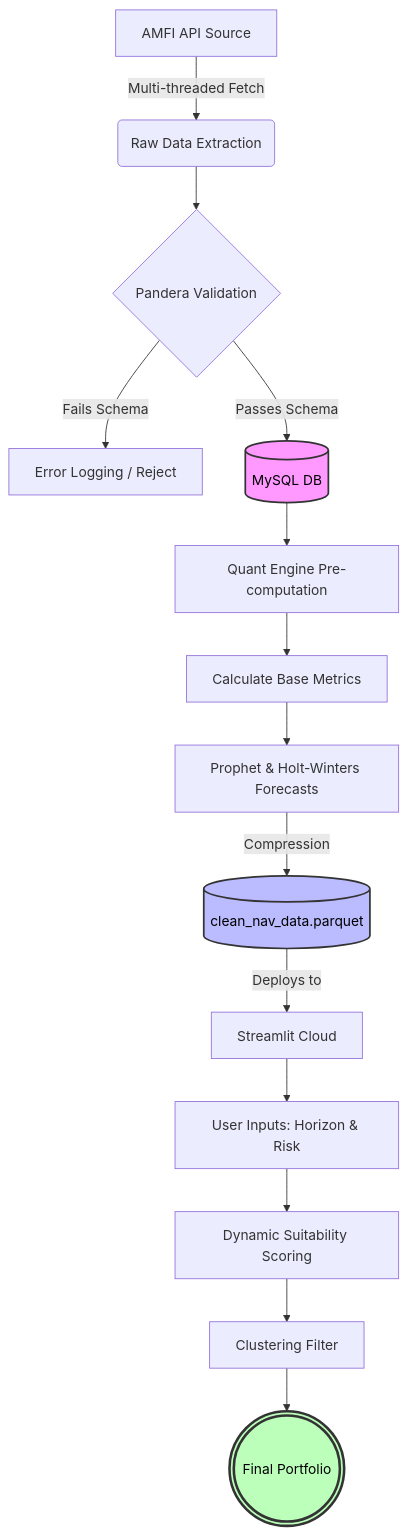
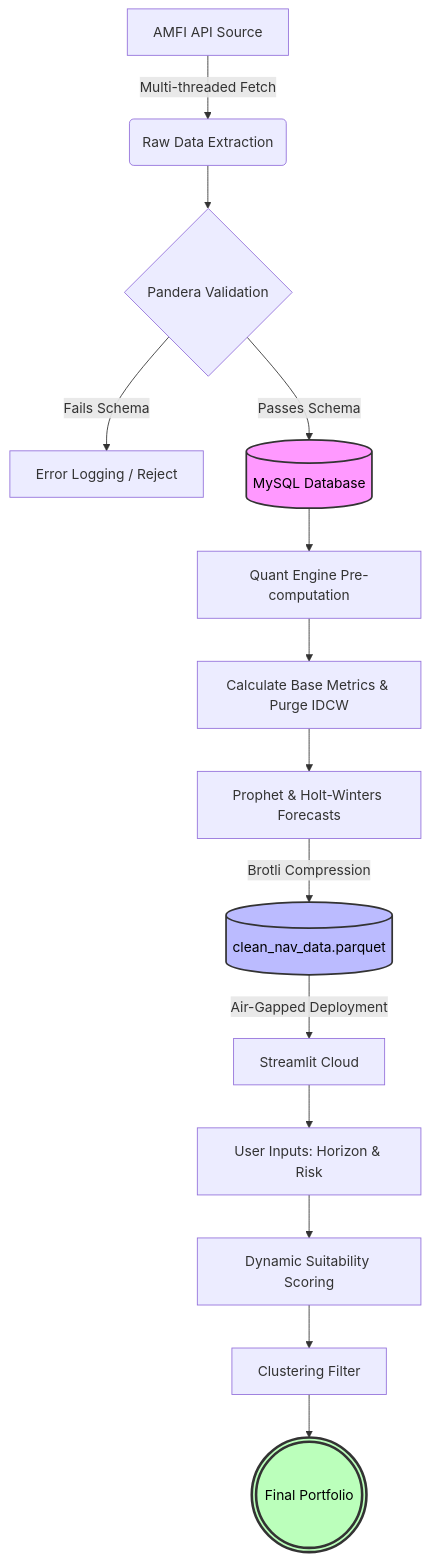
One commit to Aneek00/Financial-Data-Pipeline-and-Quantitative-Investment-Analytics-Engine changed the diagram in README.md. Above: the diagram before and after it, drawn with Mermaid. The commit also changed other lines of this file, not shown here.

````diff
--- a/README.md
+++ b/README.md
@@ -49,24 +273,34 @@
 ```mermaid
 flowchart TD
-    A[AMFI API Source] -->|Multi-threaded Fetch| B(Raw Data Extraction)
+
+    A[AMFI API Source]
+        -->|Multi-threaded Fetch| B(Raw Data Extraction)
+
     B --> C{Pandera Validation}
 
     C -->|Fails Schema| D[Error Logging / Reject]
-    C -->|Passes Schema| E[(MySQL DB)]
+
+    C -->|Passes Schema| E[(MySQL Database)]
 
     E --> F[Quant Engine Pre-computation]
-    F --> G[Calculate Base Metrics]
+
+    F --> G[Calculate Base Metrics & Purge IDCW]
+
     G --> H[Prophet & Holt-Winters Forecasts]
 
-    H -->|Compression| I[(clean_nav_data.parquet)]
+    H -->|Brotli Compression| I[(clean_nav_data.parquet)]
 
-    I -->|Deploys to| J[Streamlit Cloud]
+    I -->|Air-Gapped Deployment| J[Streamlit Cloud]
+
     J --> K[User Inputs: Horizon & Risk]
+
     K --> L[Dynamic Suitability Scoring]
+
     L --> M[Clustering Filter]
+
     M --> N(((Final Portfolio)))
 
     style E fill:#f9f,stroke:#333,stroke-width:2px,color:#000
     style I fill:#bbf,stroke:#333,stroke-width:2px,color:#000
     style N fill:#bfb,stroke:#333,stroke-width:3px,color:#000
 ```
````
